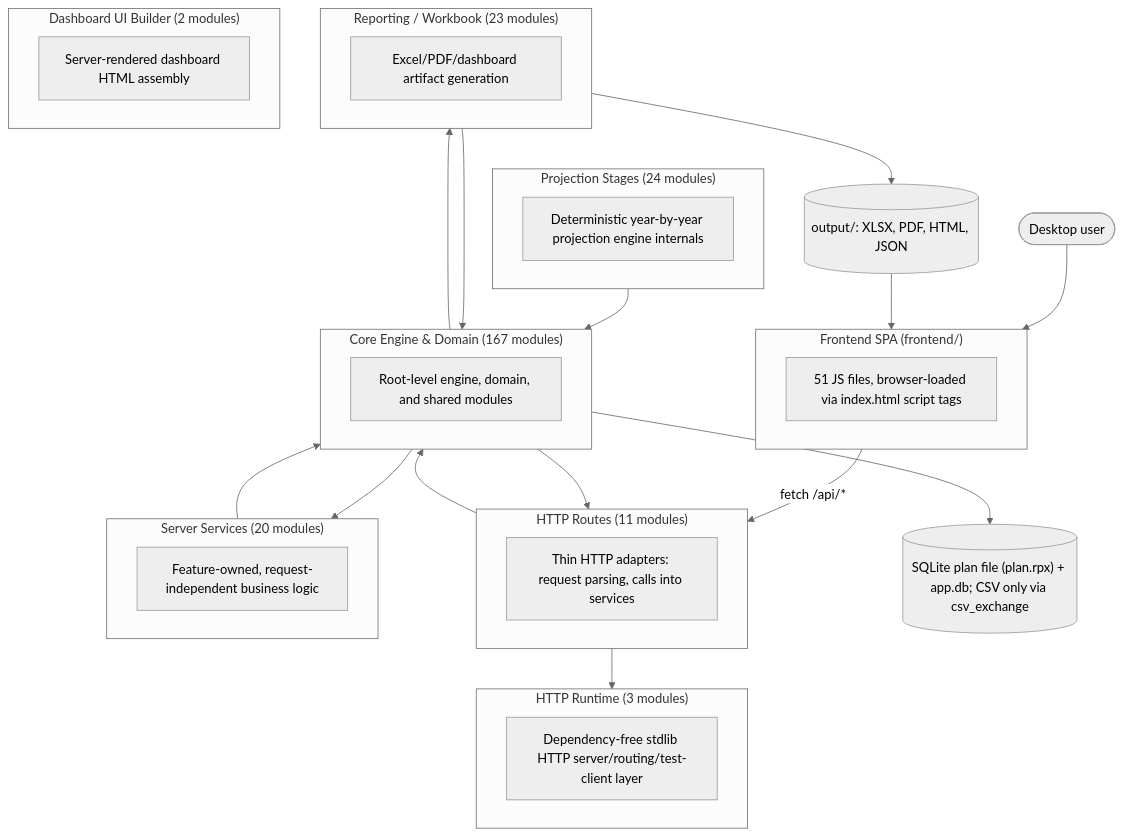
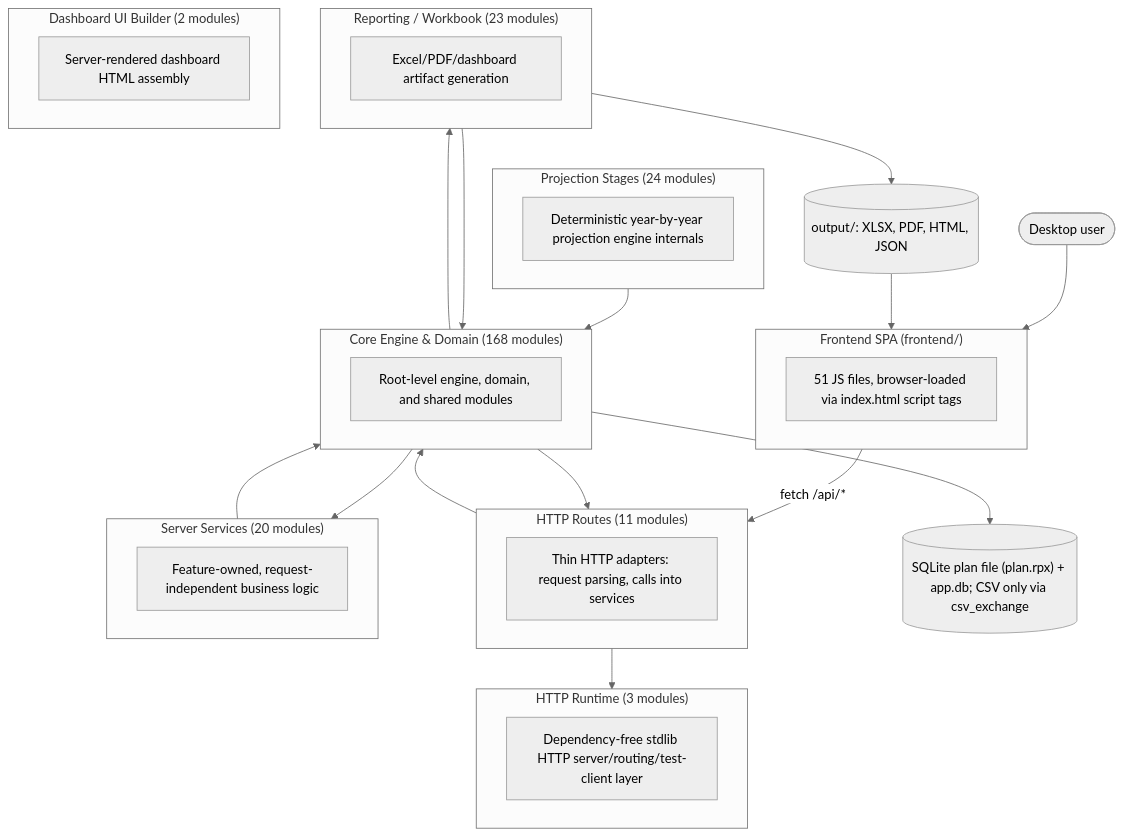
One commit to matthartzman/retirement_system changed the first of 2 diagrams in documentation/reference/SYSTEM_ARCHITECTURE_DIAGRAM.md. Above: the diagram before and after it, drawn with Mermaid (neutral theme). The commit also changed other lines of this file and 16 other files, not shown here.

First line of the commit message:
WP12.4: rental typed tables, RentalRepo, schema v9, tier tags

````diff
--- a/documentation/reference/SYSTEM_ARCHITECTURE_DIAGRAM.md
+++ b/documentation/reference/SYSTEM_ARCHITECTURE_DIAGRAM.md
@@ -11,40 +11,40 @@
 ```mermaid
 flowchart TB
     User(["Desktop user"]) --> FE
     subgraph FE["Frontend SPA (frontend/)"]
         FEcount["51 JS files, browser-loaded via index.html script tags"]
     end
     FE -->|fetch /api/*| L_HTTP_Routes
     subgraph L_HTTP_Routes["HTTP Routes (11 modules)"]
         L_HTTP_Routes_d["Thin HTTP adapters: request parsing, calls into services"]
     end
     subgraph L_Server_Services["Server Services (20 modules)"]
         L_Server_Services_d["Feature-owned, request-independent business logic"]
     end
     subgraph L_HTTP_Runtime["HTTP Runtime (3 modules)"]
         L_HTTP_Runtime_d["Dependency-free stdlib HTTP server/routing/test-client layer"]
     end
-    subgraph L_Core_Engine___Domain["Core Engine & Domain (167 modules)"]
+    subgraph L_Core_Engine___Domain["Core Engine & Domain (168 modules)"]
         L_Core_Engine___Domain_d["Root-level engine, domain, and shared modules"]
     end
     subgraph L_Projection_Stages["Projection Stages (24 modules)"]
         L_Projection_Stages_d["Deterministic year-by-year projection engine internals"]
     end
     subgraph L_Reporting___Workbook["Reporting / Workbook (23 modules)"]
         L_Reporting___Workbook_d["Excel/PDF/dashboard artifact generation"]
     end
     subgraph L_Dashboard_UI_Builder["Dashboard UI Builder (2 modules)"]
         L_Dashboard_UI_Builder_d["Server-rendered dashboard HTML assembly"]
     end
     L_Core_Engine___Domain --> L_HTTP_Routes
     L_Core_Engine___Domain --> L_Reporting___Workbook
     L_Core_Engine___Domain --> L_Server_Services
     L_HTTP_Routes --> L_Core_Engine___Domain
     L_HTTP_Routes --> L_HTTP_Runtime
     L_Projection_Stages --> L_Core_Engine___Domain
     L_Reporting___Workbook --> L_Core_Engine___Domain
     L_Server_Services --> L_Core_Engine___Domain
     L_Core_Engine___Domain --> DB[("SQLite plan file (plan.rpx) + app.db; CSV only via csv_exchange")]
     L_Reporting___Workbook --> Outputs[("output/: XLSX, PDF, HTML, JSON")]
     Outputs --> FE
 ```
````
